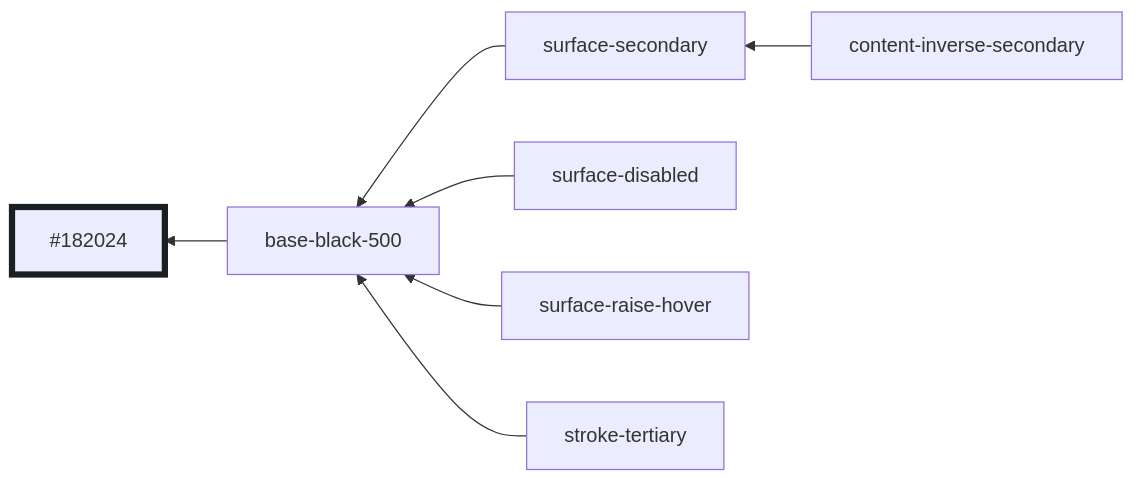
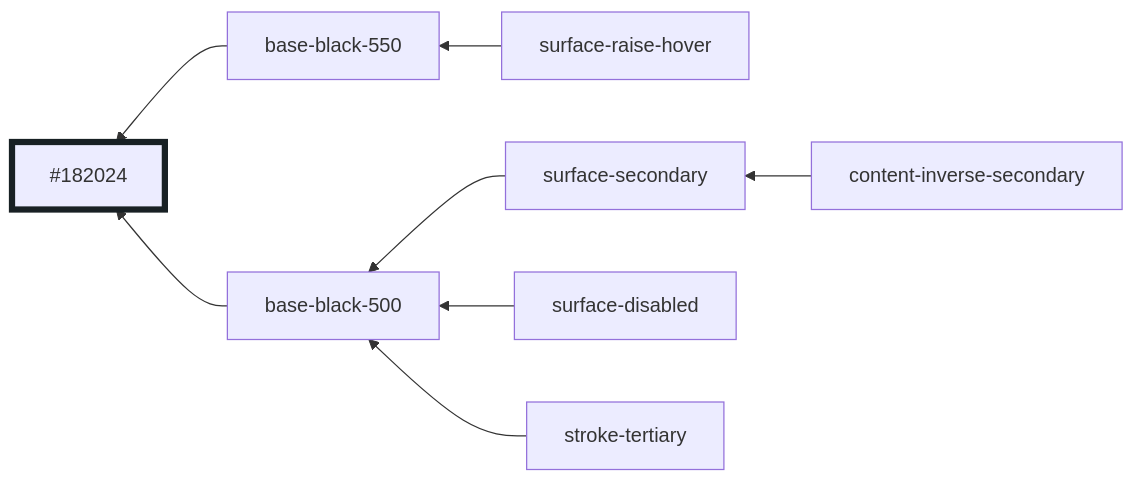
Before and after one commit to oxidecomputer/console: diagram 27 of 30 in libs/ui/styles/themes/main.md, drawn with Mermaid. The commit also changed other lines of this file and 3 other files, not shown here.

````diff
--- a/libs/ui/styles/themes/main.md
+++ b/libs/ui/styles/themes/main.md
@@ -340,11 +340,12 @@
 ```mermaid
 graph RL
+  base-black-550 --> #182024:::base-black-500
   base-black-500 --> #182024:::base-black-500
   surface-secondary --> base-black-500
   surface-disabled --> base-black-500
-  surface-raise-hover --> base-black-500
+  surface-raise-hover --> base-black-550
   content-inverse-secondary --> surface-secondary
   stroke-tertiary --> base-black-500
 
   classDef base-black-500 stroke-width:5,stroke:#182024
 ```
````
